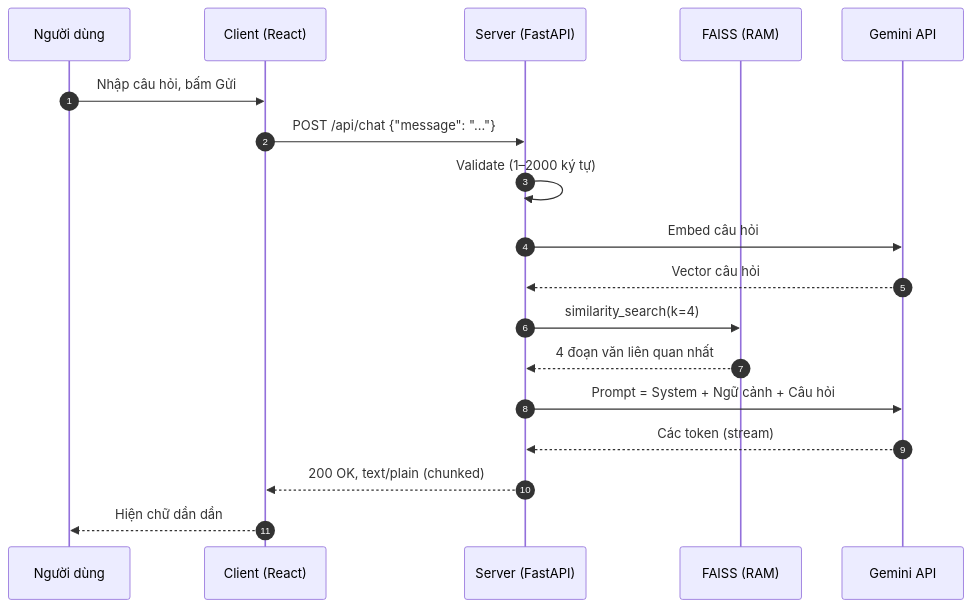
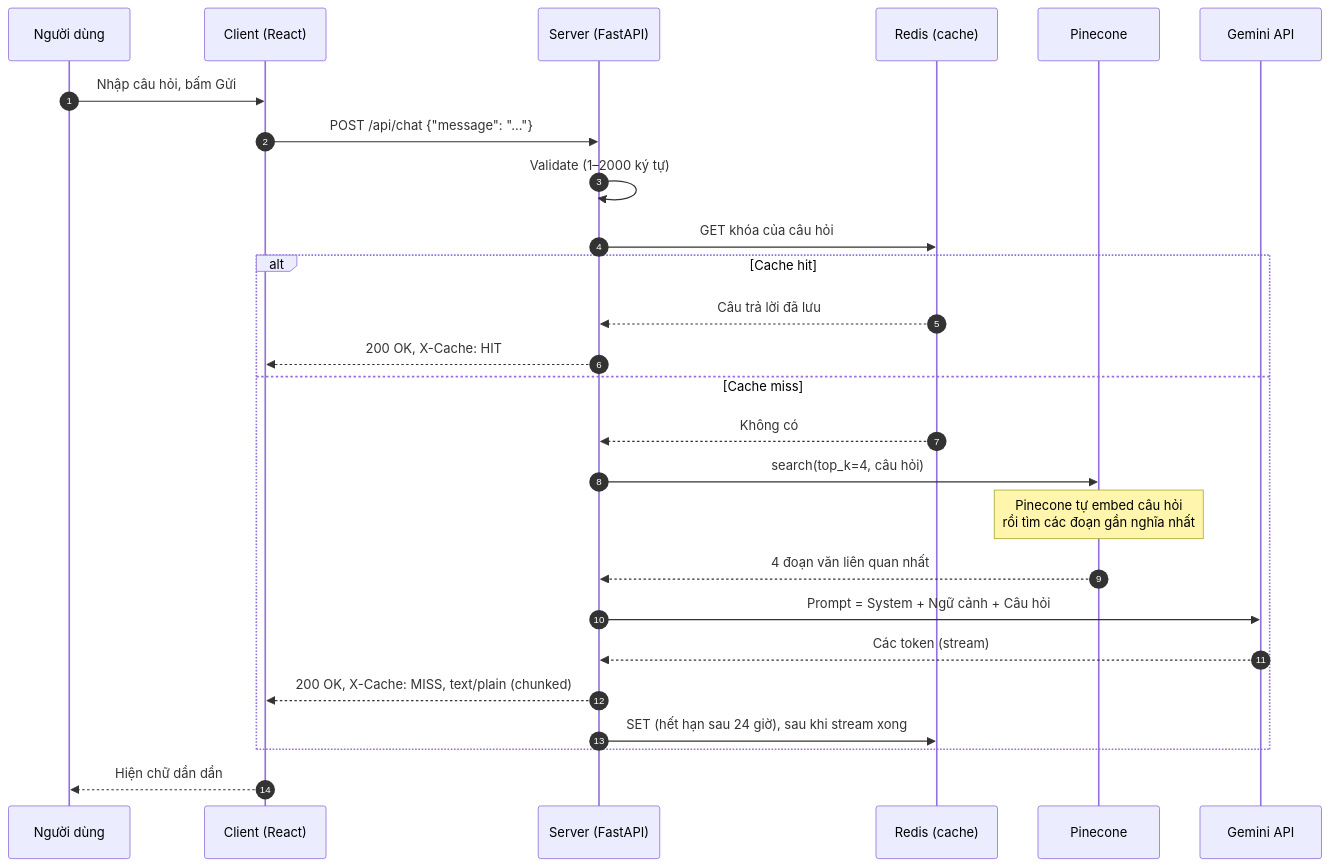
The second of 2 diagrams in huong-dan-xay-dung-ai-portfolio.md (thaianhnv99/ai-portfolio-project), drawn with Mermaid before and after one commit. The commit also changed other lines of this file and 23 other files, not shown here.

````diff
--- a/huong-dan-xay-dung-ai-portfolio.md
+++ b/huong-dan-xay-dung-ai-portfolio.md
@@ -109,21 +126,29 @@
 ```mermaid
 sequenceDiagram
     autonumber
     participant U as Người dùng
     participant C as Client (React)
     participant S as Server (FastAPI)
-    participant V as FAISS (RAM)
+    participant R as Redis (cache)
+    participant P as Pinecone
     participant G as Gemini API
 
     U->>C: Nhập câu hỏi, bấm Gửi
     C->>S: POST /api/chat {"message": "..."}
     S->>S: Validate (1–2000 ký tự)
-    S->>G: Embed câu hỏi
-    G-->>S: Vector câu hỏi
-    S->>V: similarity_search(k=4)
-    V-->>S: 4 đoạn văn liên quan nhất
-    S->>G: Prompt = System + Ngữ cảnh + Câu hỏi
-    G-->>S: Các token (stream)
-    S-->>C: 200 OK, text/plain (chunked)
+    S->>R: GET khóa của câu hỏi
+    alt Cache hit
+        R-->>S: Câu trả lời đã lưu
+        S-->>C: 200 OK, X-Cache: HIT
+    else Cache miss
+        R-->>S: Không có
+        S->>P: search(top_k=4, câu hỏi)
+        Note over P: Pinecone tự embed câu hỏi<br/>rồi tìm các đoạn gần nghĩa nhất
+        P-->>S: 4 đoạn văn liên quan nhất
+        S->>G: Prompt = System + Ngữ cảnh + Câu hỏi
+        G-->>S: Các token (stream)
+        S-->>C: 200 OK, X-Cache: MISS, text/plain (chunked)
+        S->>R: SET (hết hạn sau 24 giờ), sau khi stream xong
+    end
     C-->>U: Hiện chữ dần dần
 ```
````
